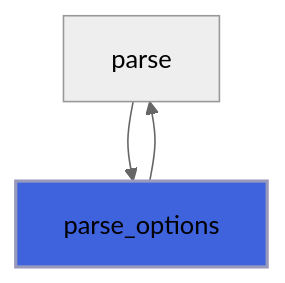
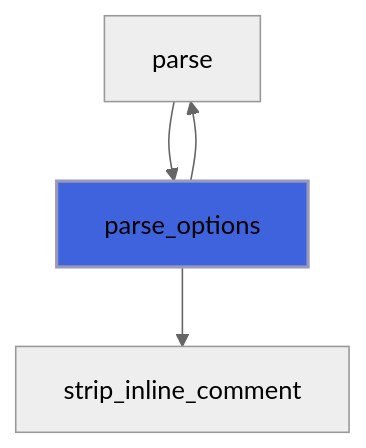
One commit to szaghi/FiNeR changed diagram 13 of 23 in docs/api/src/lib/finer_section_t.md. Above: the diagram before and after it, drawn with Mermaid (neutral theme). The commit also changed other lines of this file and 199 other files, not shown here.

````diff
--- a/docs/api/src/lib/finer_section_t.md
+++ b/docs/api/src/lib/finer_section_t.md
@@ -441,6 +476,7 @@
 ```mermaid
 flowchart TD
   parse["parse"] --> parse_options["parse_options"]
   parse_options["parse_options"] --> parse["parse"]
+  parse_options["parse_options"] --> strip_inline_comment["strip_inline_comment"]
   style parse_options fill:#3e63dd,stroke:#99b,stroke-width:2px
 ```
````
